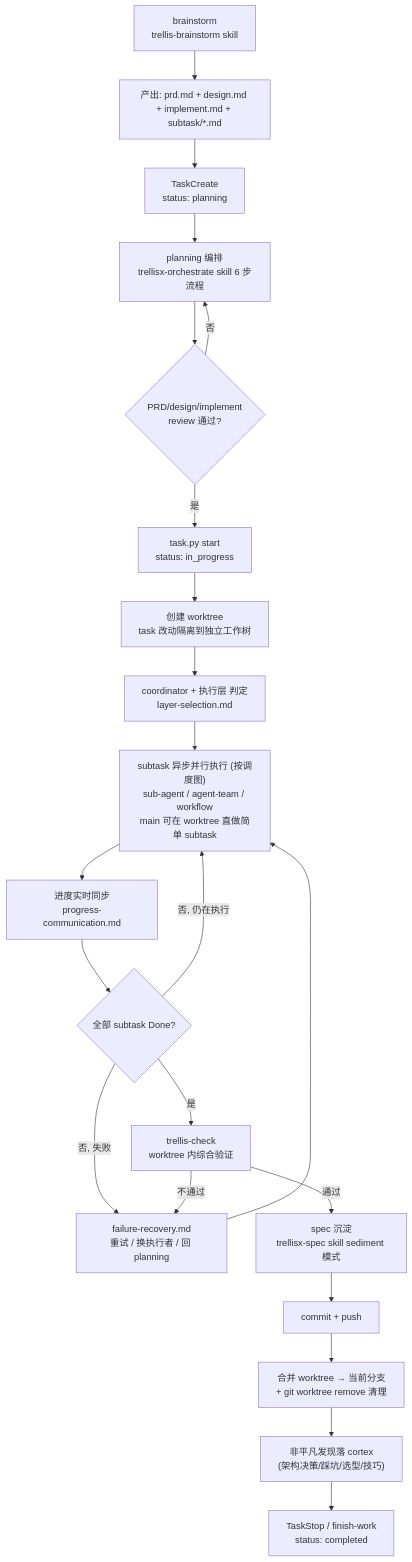
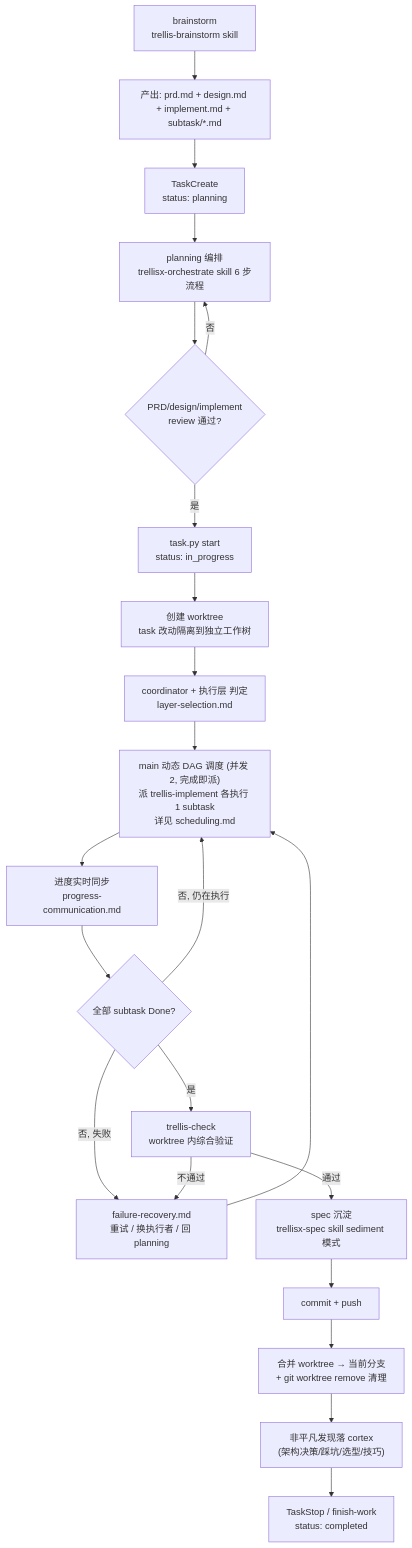
Before and after one commit to lazygophers/ccplugin: the diagram in plugins/tools/trellisx/skills/trellisx-orchestrate/references/task-lifecycle.md, drawn with Mermaid. The commit also changed other lines of this file and 16 other files, not shown here.

First line of the commit message:
feat(trellisx): main 动态 DAG 调度器 (C 分支)

````diff
--- a/plugins/tools/trellisx/skills/trellisx-orchestrate/references/task-lifecycle.md
+++ b/plugins/tools/trellisx/skills/trellisx-orchestrate/references/task-lifecycle.md
@@ -7,24 +7,24 @@
 ```mermaid
 flowchart TB
     BS["brainstorm<br/>trellis-brainstorm skill"] --> ARTIFACTS["产出: prd.md + design.md + implement.md + subtask/*.md"]
     ARTIFACTS --> TC["TaskCreate<br/>status: planning"]
     TC --> PLAN["planning 编排<br/>trellisx-orchestrate skill 6 步流程"]
     PLAN --> REVIEW{"PRD/design/implement<br/>review 通过?"}
     REVIEW -->|否| PLAN
     REVIEW -->|是| START["task.py start<br/>status: in_progress"]
     START --> WT["创建 worktree<br/>task 改动隔离到独立工作树"]
     WT --> COORD["coordinator + 执行层 判定<br/>layer-selection.md"]
-    COORD --> EXEC["subtask 异步并行执行 (按调度图)<br/>sub-agent / agent-team / workflow<br/>main 可在 worktree 直做简单 subtask"]
+    COORD --> EXEC["main 动态 DAG 调度 (并发 2, 完成即派)<br/>派 trellis-implement 各执行 1 subtask<br/>详见 scheduling.md"]
     EXEC --> COMM["进度实时同步<br/>progress-communication.md"]
     COMM --> CHECK{"全部 subtask Done?"}
     CHECK -->|否, 失败| RECOVER["failure-recovery.md<br/>重试 / 换执行者 / 回 planning"]
     RECOVER --> EXEC
     CHECK -->|否, 仍在执行| EXEC
     CHECK -->|是| VERIFY["trellis-check<br/>worktree 内综合验证"]
     VERIFY -->|不通过| RECOVER
     VERIFY -->|通过| SPEC["spec 沉淀<br/>trellisx-spec skill sediment 模式"]
     SPEC --> COMMIT["commit + push"]
     COMMIT --> MERGE["合并 worktree → 当前分支<br/>+ git worktree remove 清理"]
     MERGE --> CORTEX["非平凡发现落 cortex<br/>(架构决策/踩坑/选型/技巧)"]
     CORTEX --> STOP["TaskStop / finish-work<br/>status: completed"]
 ```
````
